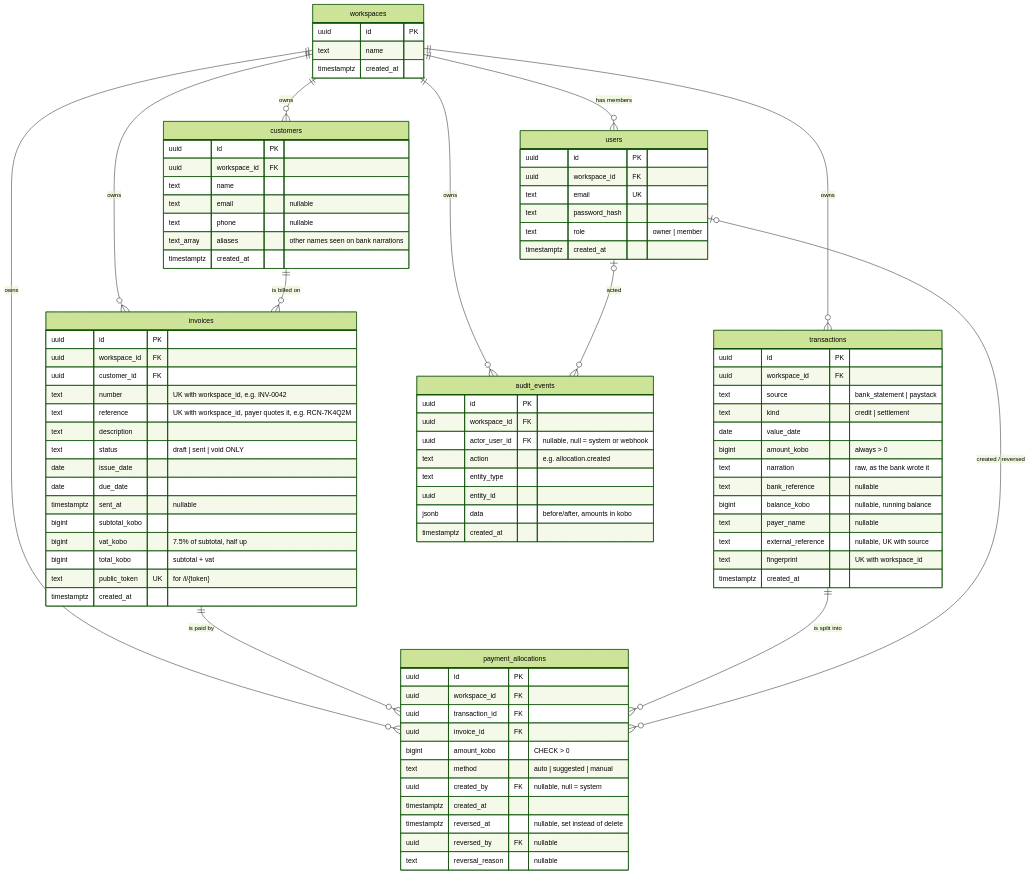
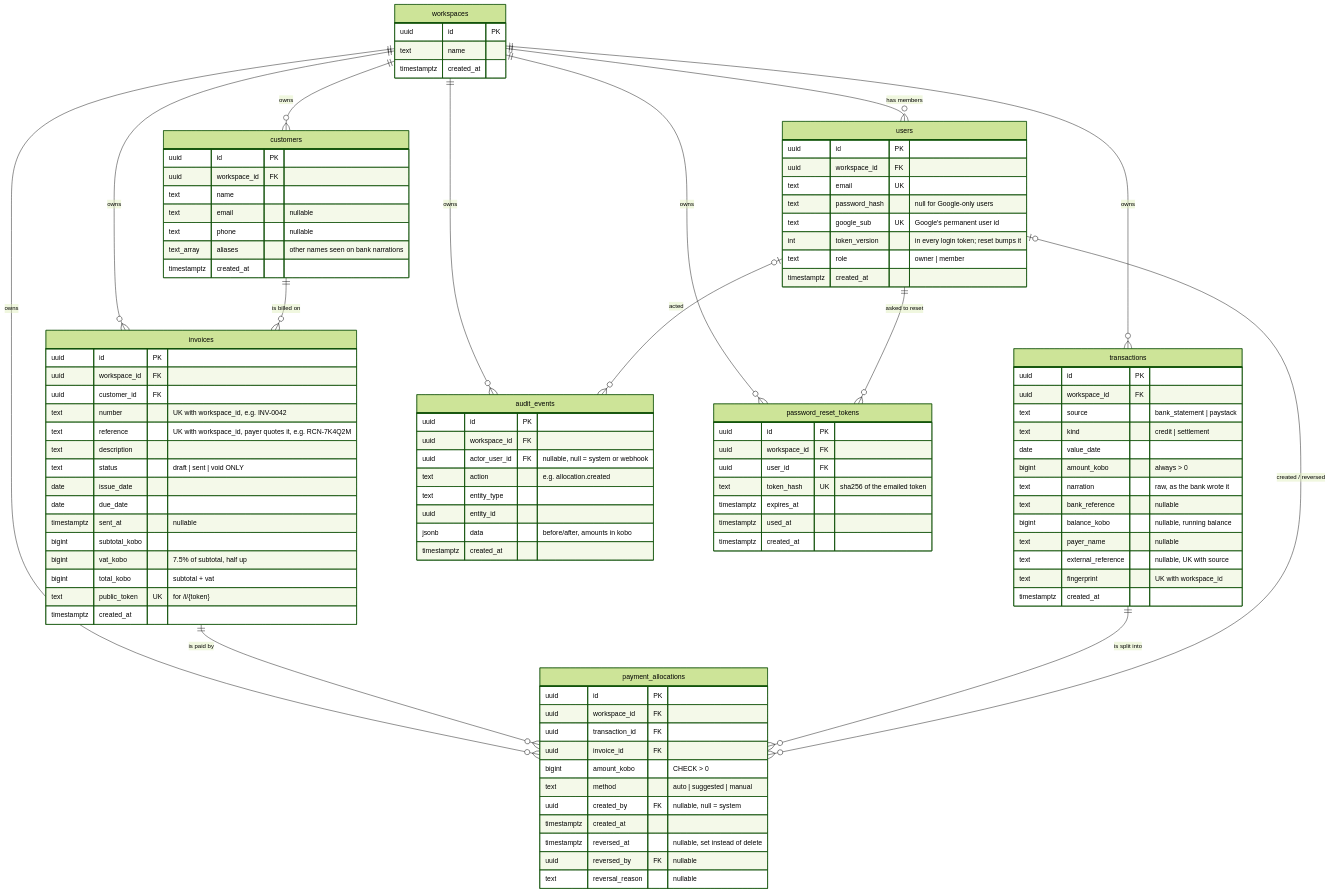
One commit to Burger-karl/ReconcilePro changed the diagram in docs/ERD.md. Above: the diagram before and after it, drawn with Mermaid (forest theme). The commit also changed other lines of this file and 26 other files, not shown here.

```diff
--- a/docs/ERD.md
+++ b/docs/ERD.md
@@ -13,6 +13,7 @@
     workspaces ||--o{ transactions : owns
     workspaces ||--o{ payment_allocations : owns
     workspaces ||--o{ audit_events : owns
+    workspaces ||--o{ password_reset_tokens : owns
 
     customers ||--o{ invoices : "is billed on"
     invoices ||--o{ payment_allocations : "is paid by"
@@ -20,6 +21,7 @@
 
     users |o--o{ payment_allocations : "created / reversed"
     users |o--o{ audit_events : "acted"
+    users ||--o{ password_reset_tokens : "asked to reset"
 
     workspaces {
         uuid id PK
@@ -31,8 +33,20 @@
         uuid id PK
         uuid workspace_id FK
         text email UK
-        text password_hash
+        text password_hash "null for Google-only users"
+        text google_sub UK "Google's permanent user id"
+        int token_version "in every login token; reset bumps it"
         text role "owner | member"
+        timestamptz created_at
+    }
+
+    password_reset_tokens {
+        uuid id PK
+        uuid workspace_id FK
+        uuid user_id FK
+        text token_hash UK "sha256 of the emailed token"
+        timestamptz expires_at
+        timestamptz used_at
         timestamptz created_at
     }
 
```
